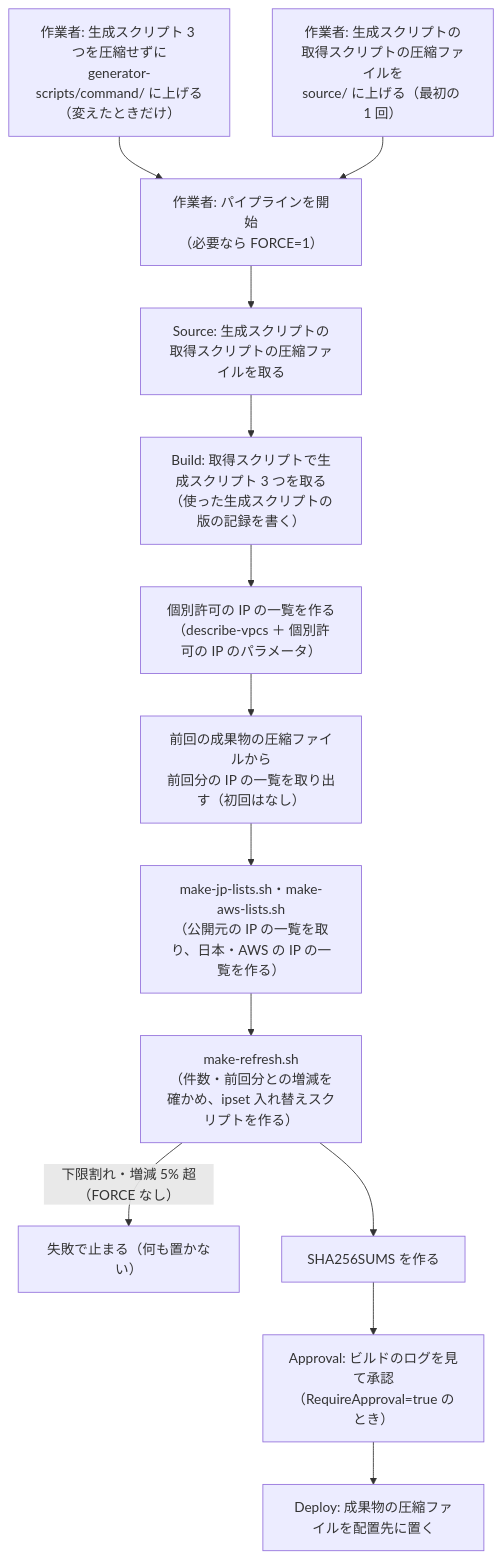
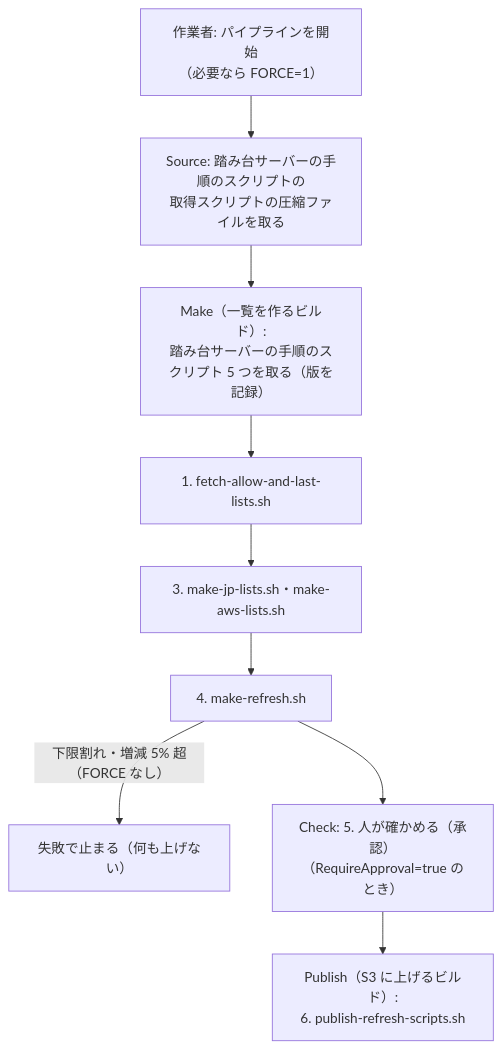
The diagram in docs/ec2/port-guard-rollout/list-refresh-pipeline/README.md (rxsxkxd/pk), drawn with Mermaid before and after one commit. The commit also changed other lines of this file and 17 other files, not shown here.

````diff
--- a/docs/ec2/port-guard-rollout/list-refresh-pipeline/README.md
+++ b/docs/ec2/port-guard-rollout/list-refresh-pipeline/README.md
@@ -42,16 +93,12 @@
 ```mermaid
 %%{init: {"themeVariables": {"fontSize": "16px"}}}%%
 flowchart TD
-  U1["作業者: 生成スクリプト 3 つを圧縮せずに<br/>generator-scripts/command/ に上げる（変えたときだけ）"] --> P
-  U2["作業者: 生成スクリプトの取得スクリプトの圧縮ファイルを<br/>source/ に上げる（最初の 1 回）"] --> P
-  P["作業者: パイプラインを開始<br/>（必要なら FORCE=1）"] --> S["Source: 生成スクリプトの取得スクリプトの圧縮ファイルを取る"]
-  S --> B0["Build: 取得スクリプトで生成スクリプト 3 つを取る<br/>（使った生成スクリプトの版の記録を書く）"]
-  B0 --> B1["個別許可の IP の一覧を作る<br/>（describe-vpcs ＋ 個別許可の IP のパラメータ）"]
-  B1 --> B2["前回の成果物の圧縮ファイルから<br/>前回分の IP の一覧を取り出す（初回はなし）"]
-  B2 --> B3["make-jp-lists.sh・make-aws-lists.sh<br/>（公開元の IP の一覧を取り、日本・AWS の IP の一覧を作る）"]
-  B3 --> B4["make-refresh.sh<br/>（件数・前回分との増減を確かめ、ipset 入れ替えスクリプトを作る）"]
-  B4 -- "下限割れ・増減 5% 超（FORCE なし）" --> X["失敗で止まる（何も置かない）"]
-  B4 --> B5["SHA256SUMS を作る"]
-  B5 --> A["Approval: ビルドのログを見て承認<br/>（RequireApproval=true のとき）"]
-  A --> D["Deploy: 成果物の圧縮ファイルを配置先に置く"]
+  P["作業者: パイプラインを開始<br/>（必要なら FORCE=1）"] --> S["Source: 踏み台サーバーの手順のスクリプトの<br/>取得スクリプトの圧縮ファイルを取る"]
+  S --> M0["Make（一覧を作るビルド）:<br/>踏み台サーバーの手順のスクリプト 5 つを取る（版を記録）"]
+  M0 --> M1["1. fetch-allow-and-last-lists.sh"]
+  M1 --> M3["3. make-jp-lists.sh・make-aws-lists.sh"]
+  M3 --> M4["4. make-refresh.sh"]
+  M4 -- "下限割れ・増減 5% 超（FORCE なし）" --> X["失敗で止まる（何も上げない）"]
+  M4 --> C["Check: 5. 人が確かめる（承認）<br/>（RequireApproval=true のとき）"]
+  C --> U["Publish（S3 に上げるビルド）:<br/>6. publish-refresh-scripts.sh"]
 ```
````
